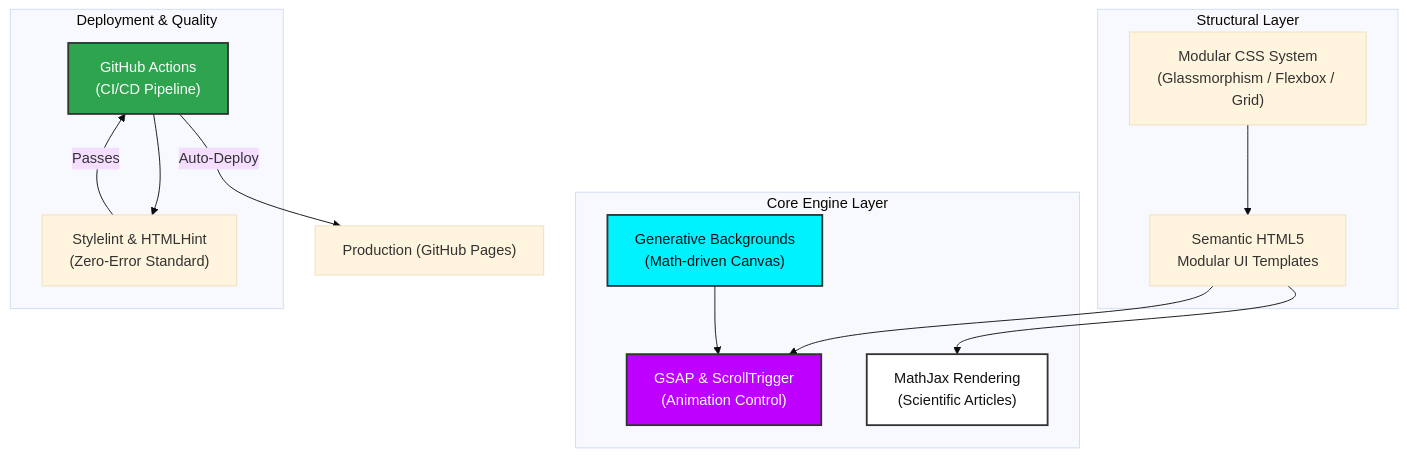
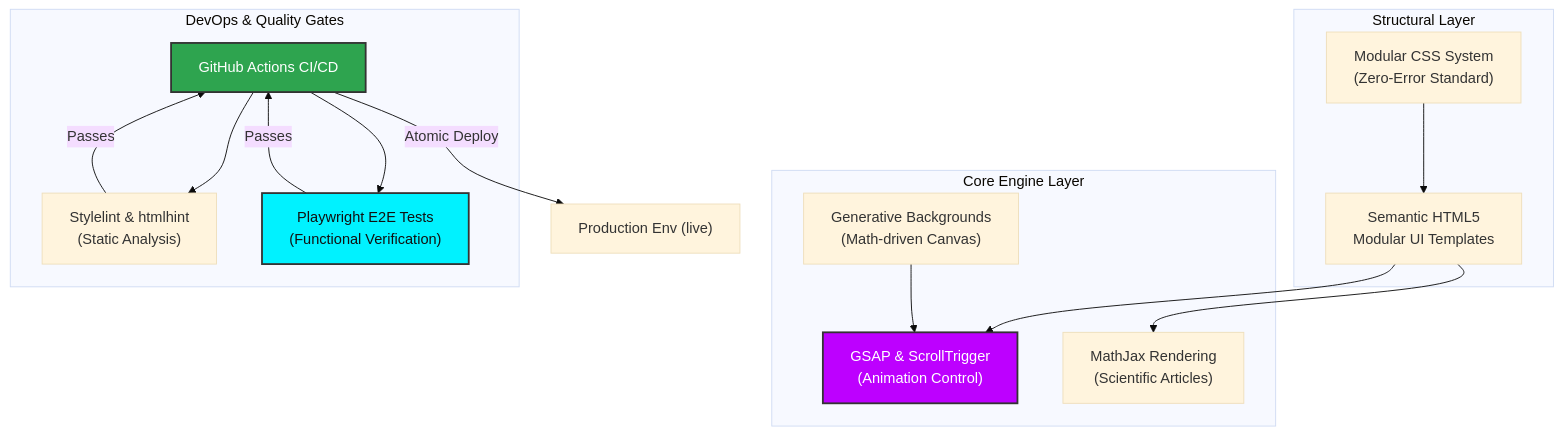
Before and after one commit to Khanz9664/portfolio: the first of 2 diagrams in README.md, drawn with Mermaid (base theme). The commit also changed other lines of this file and 5 other files, not shown here.

````diff
--- a/README.md
+++ b/README.md
@@ -35,31 +42,36 @@
 ```mermaid
 graph TD
     subgraph "Core Engine Layer"
         GSAP["GSAP & ScrollTrigger<br/>(Animation Control)"]
         CanvasJS["Generative Backgrounds<br/>(Math-driven Canvas)"]
         MathJax["MathJax Rendering<br/>(Scientific Articles)"]
     end
 
     subgraph "Structural Layer"
         HTML5["Semantic HTML5<br/>Modular UI Templates"]
-        CSS3["Modular CSS System<br/>(Glassmorphism / Flexbox / Grid)"]
+        CSS3["Modular CSS System<br/>(Zero-Error Standard)"]
     end
 
-    subgraph "Deployment & Quality"
-        GHA["GitHub Actions<br/>(CI/CD Pipeline)"]
-        Lint["Stylelint & HTMLHint<br/>(Zero-Error Standard)"]
+    subgraph "DevOps & Quality Gates"
+        GHA["GitHub Actions CI/CD"]
+        Lint["Stylelint & htmlhint<br/>(Static Analysis)"]
+        Tests["Playwright E2E Tests<br/>(Functional Verification)"]
     end
 
     HTML5 --> GSAP
     HTML5 --> MathJax
     CSS3 --> HTML5
     CanvasJS --> GSAP
+    
     GHA --> Lint
+    GHA --> Tests
+    
     Lint --> |Passes| GHA
-    GHA --> |Auto-Deploy| GH_Pages["Production (GitHub Pages)"]
+    Tests --> |Passes| GHA
+    
+    GHA --> |Atomic Deploy| GH_Pages["Production Env (live)"]
 
     style GSAP fill:#bd00ff,stroke:#333,stroke-width:2px,color:#fff
-    style CanvasJS fill:#00f2ff,stroke:#333,stroke-width:2px,color:#111
     style GHA fill:#2ea44f,stroke:#333,stroke-width:2px,color:#fff
-    style MathJax fill:#fff,stroke:#333,stroke-width:2px,color:#111
+    style Tests fill:#00f2ff,stroke:#333,stroke-width:2px,color:#111
 ```
````
